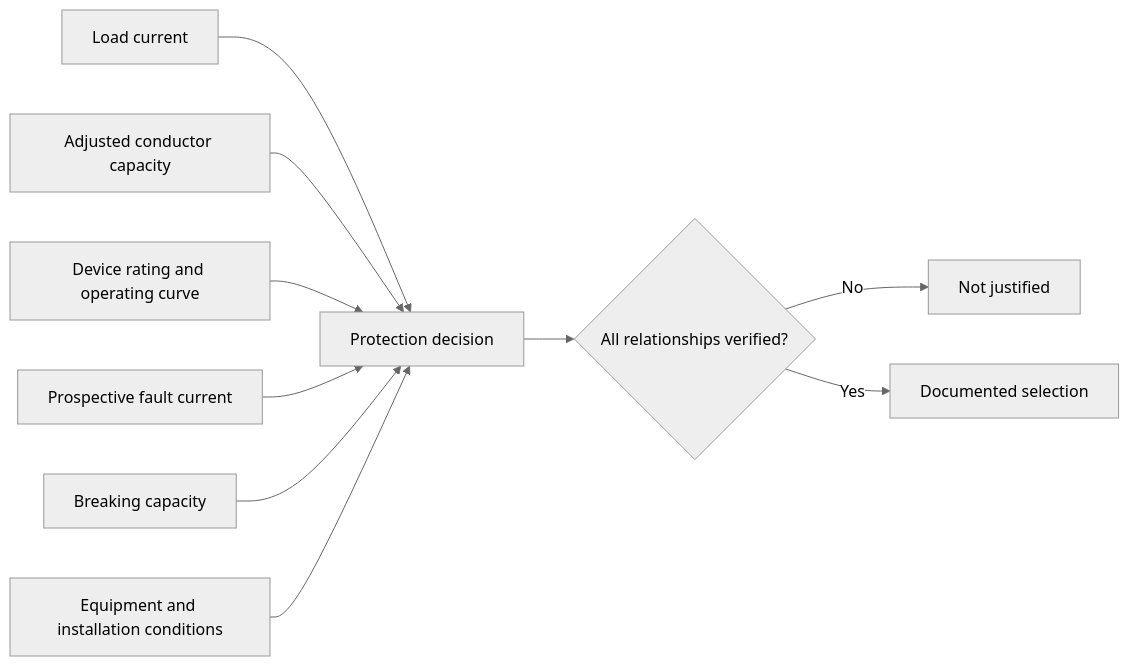
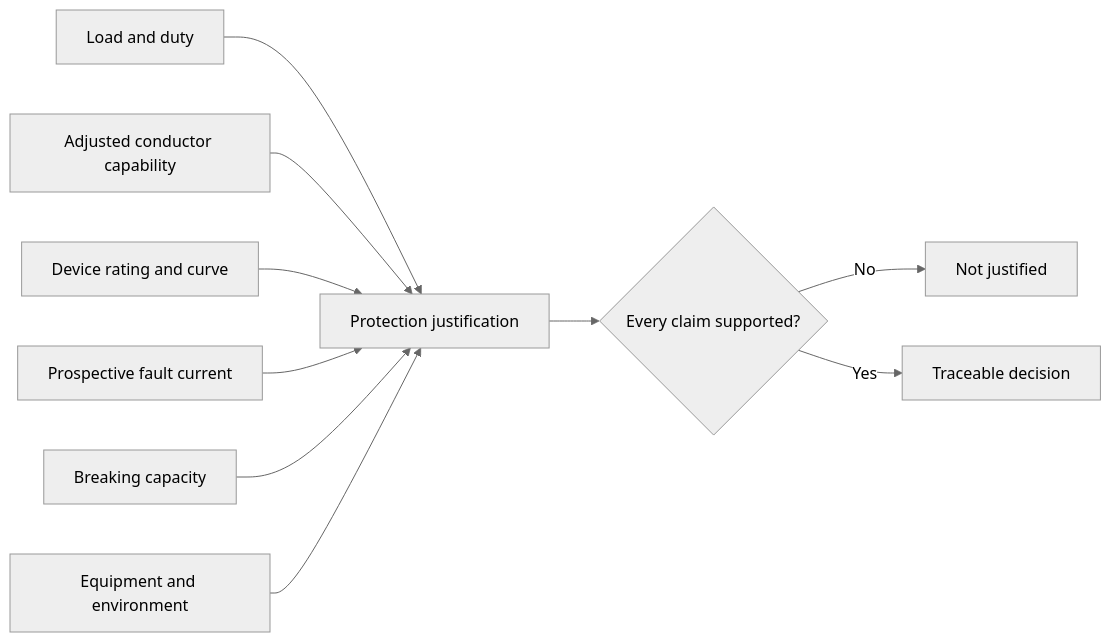
One commit to andrew3stedall/capstone changed the second of 2 diagrams in docs/learning-plans/4-week/modules/day-03-overcurrent-protection.md. Above: the diagram before and after it, drawn with Mermaid (neutral theme). The commit also changed other lines of this file, not shown here.

Commit message:
Improve Day 3 overcurrent protection module

````diff
--- a/docs/learning-plans/4-week/modules/day-03-overcurrent-protection.md
+++ b/docs/learning-plans/4-week/modules/day-03-overcurrent-protection.md
@@ -208,12 +202,12 @@
 ```mermaid
 flowchart LR
-    A["Load current"] --> D["Protection decision"]
-    B["Adjusted conductor capacity"] --> D
-    C["Device rating and operating curve"] --> D
-    E["Prospective fault current"] --> D
-    F["Breaking capacity"] --> D
-    G["Equipment and installation conditions"] --> D
-    D --> H{"All relationships verified?"}
-    H -->|"No"| I["Not justified"]
-    H -->|"Yes"| J["Documented selection"]
+    L[Load and duty] --> J[Protection justification]
+    C[Adjusted conductor capability] --> J
+    D[Device rating and curve] --> J
+    P[Prospective fault current] --> J
+    B[Breaking capacity] --> J
+    E[Equipment and environment] --> J
+    J --> Q{Every claim supported?}
+    Q -->|No| N[Not justified]
+    Q -->|Yes| Y[Traceable decision]
 ```
````
